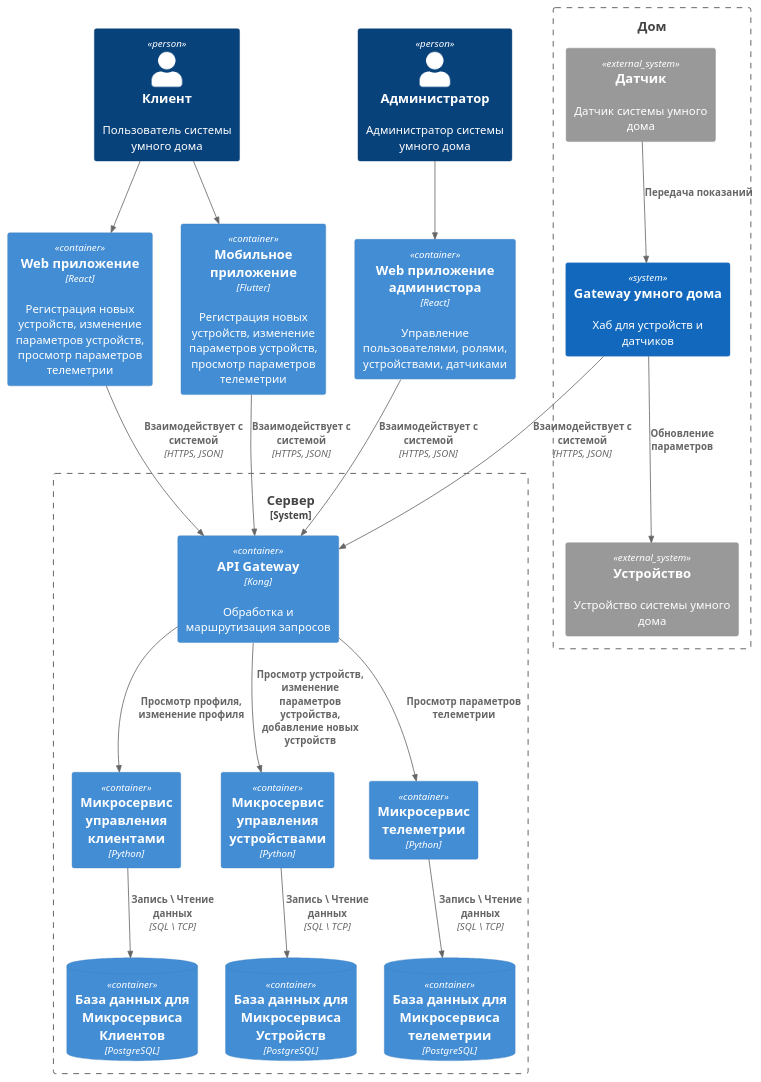
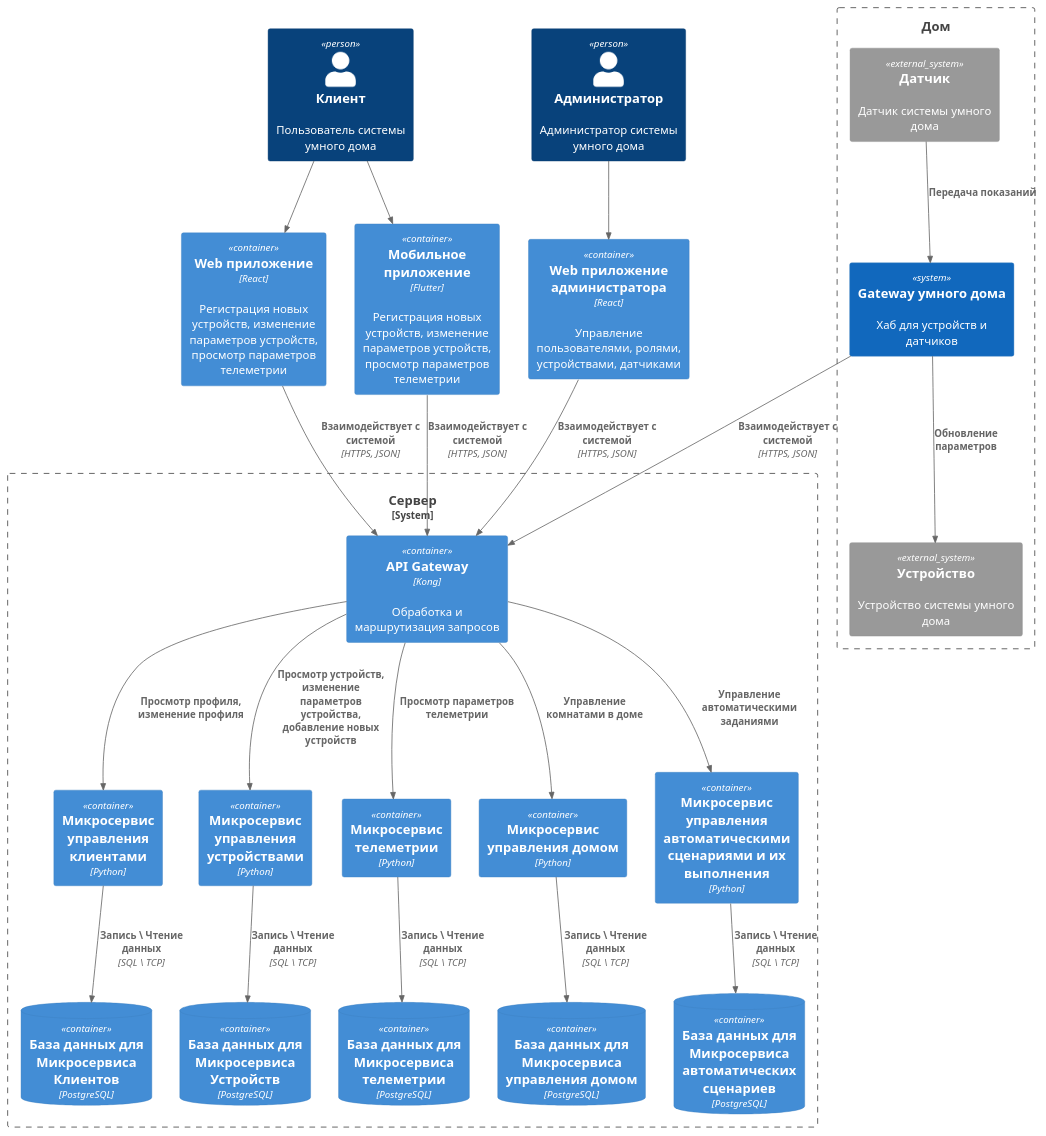
The diagram in diagrams/containers1.puml (VZMDeadAngel/architecture-sprint-3), drawn with PlantUML before and after one commit. The commit also changed 15 other files, not shown here.

```diff
--- a/diagrams/containers1.puml
+++ b/diagrams/containers1.puml
@@ -1,48 +1,58 @@
 @startuml
 !include https://raw.githubusercontent.com/plantuml-stdlib/C4-PlantUML/master/C4_Container.puml
 
 Person(user, "Клиент", "Пользователь системы умного дома")
 Person(admin, "Администратор", "Администратор системы умного дома")
 
 Boundary(home, "Дом") {
     System_Ext(device, "Устройство", "Устройство системы умного дома")
     System_Ext(sensor, "Датчик", "Датчик системы умного дома")
     System(hub, "Gateway умного дома", "Хаб для устройств и датчиков")
 }
 
 Container(web, "Web приложение", "React", "Регистрация новых устройств, изменение параметров устройств, просмотр параметров телеметрии")
 Container(mobileApp, "Мобильное приложение", "Flutter", "Регистрация новых устройств, изменение параметров устройств, просмотр параметров телеметрии")
-Container(webAdmin, "Web приложение администора", "React", "Управление пользователями, ролями, устройствами, датчиками")
+Container(webAdmin, "Web приложение администратора", "React", "Управление пользователями, ролями, устройствами, датчиками")
 
 System_Boundary(system, "Сервер") {
+    Container(gateway, "API Gateway", "Kong", "Обработка и маршрутизация запросов")
+
     Container(users, "Микросервис управления клиентами", "Python")
     Container(devices, "Микросервис управления устройствами", "Python")
     Container(telemetry, "Микросервис телеметрии", "Python")
-    Container(gateway, "API Gateway", "Kong", "Обработка и маршрутизация запросов")
+    Container(rooms, "Микросервис управления домом", "Python")
+    Container(auto, "Микросервис управления автоматическими сценариями и их выполнения", "Python")
+    
     ContainerDb(db_users, "База данных для Микросервиса Клиентов", "PostgreSQL")
     ContainerDb(db_devices, "База данных для Микросервиса Устройств", "PostgreSQL")
     ContainerDb(db_telemetry, "База данных для Микросервиса телеметрии", "PostgreSQL")
+    ContainerDb(db_rooms, "База данных для Микросервиса управления домом", "PostgreSQL")
+    ContainerDb(db_auto, "База данных для Микросервиса автоматических сценариев", "PostgreSQL")
 }
 
 Rel(users, db_users, "Запись \ Чтение данных", "SQL \ TCP")
 Rel(devices, db_devices, "Запись \ Чтение данных" , "SQL \ TCP")
 Rel(telemetry, db_telemetry, "Запись \ Чтение данных" , "SQL \ TCP")
+Rel(rooms, db_rooms, "Запись \ Чтение данных" , "SQL \ TCP")
+Rel(auto, db_auto, "Запись \ Чтение данных" , "SQL \ TCP")
 
 Rel(user, web, "")
 Rel(user, mobileApp, "")
 Rel(admin, webAdmin, "")
 
 Rel(web, gateway, "Взаимодействует с системой", "HTTPS, JSON")
 Rel(mobileApp, gateway, "Взаимодействует с системой", "HTTPS, JSON")
 Rel(webAdmin, gateway, "Взаимодействует с системой", "HTTPS, JSON")
 
 Rel(gateway, users, "Просмотр профиля, изменение профиля")
 Rel(gateway, devices, "Просмотр устройств, изменение параметров устройства, добавление новых устройств")
 Rel(gateway, telemetry, "Просмотр параметров телеметрии")
+Rel(gateway, rooms, "Управление комнатами в доме")
+Rel(gateway, auto, "Управление автоматическими заданиями")
 
 Rel(hub, device, "Обновление параметров")
 Rel(sensor, hub, "Передача показаний")
 Rel(hub, gateway, "Взаимодействует с системой", "HTTPS, JSON")
 
 
 @enduml
```
